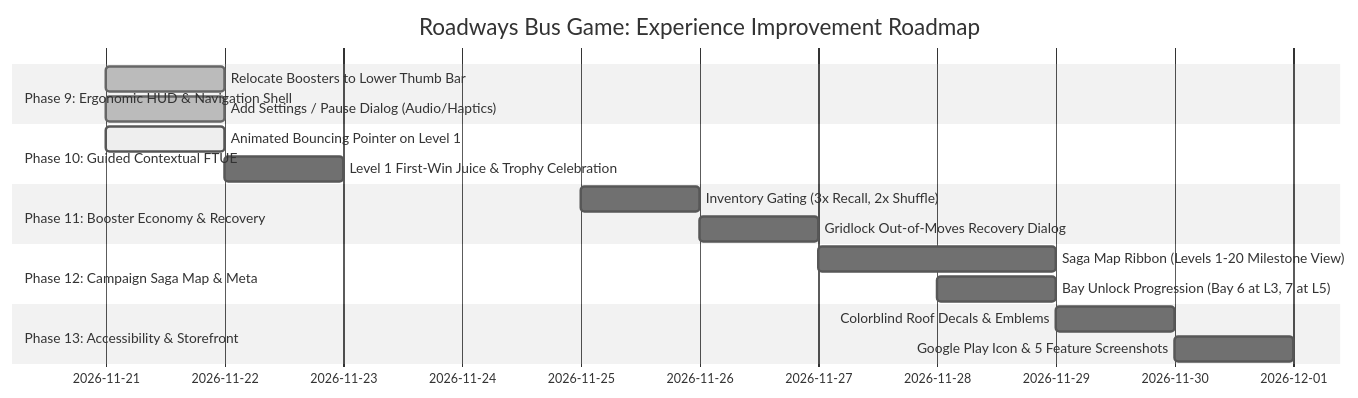
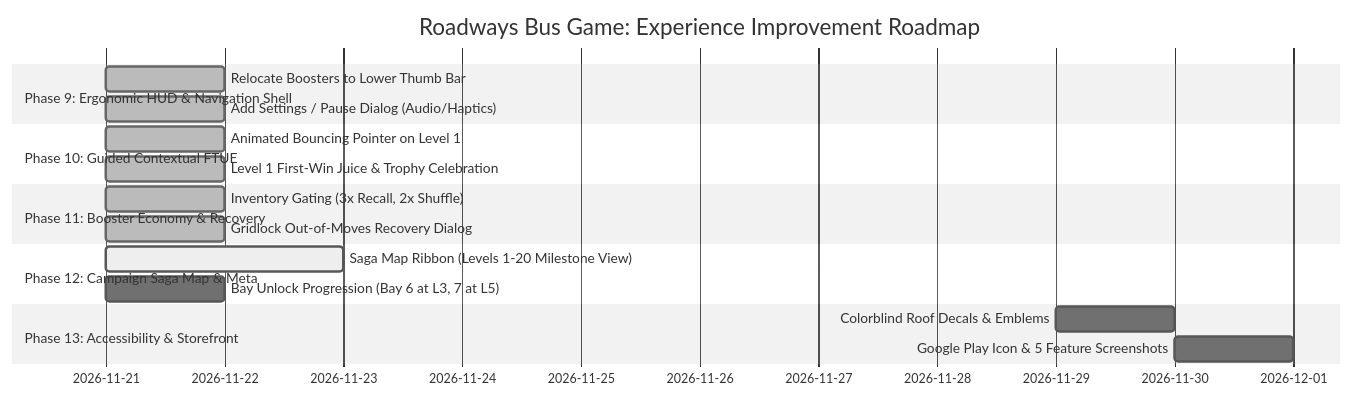
Before and after one commit to mohansharma916/Roadways-Bus-: the fifth of 5 diagrams in GAME_EXPERIENCE_AUDIT_AND_ROADMAP.md, drawn with Mermaid (neutral theme). The commit also changed 2 other files, not shown here.

Commit message:
feat(phase11): implement interactive gridlock recovery modal and emergency rescue economy

````diff
--- a/GAME_EXPERIENCE_AUDIT_AND_ROADMAP.md
+++ b/GAME_EXPERIENCE_AUDIT_AND_ROADMAP.md
@@ -305,20 +305,20 @@
 ```mermaid
 gantt
     title Roadways Bus Game: Experience Improvement Roadmap
     dateFormat  YYYY-MM-DD
     section Phase 9: Ergonomic HUD & Navigation Shell
     Relocate Boosters to Lower Thumb Bar      :done,    des1, 2026-11-21, 1d
     Add Settings / Pause Dialog (Audio/Haptics):done,    des2, 2026-11-21, 1d
     section Phase 10: Guided Contextual FTUE
-    Animated Bouncing Pointer on Level 1       :active,  des3, 2026-11-21, 1d
-    Level 1 First-Win Juice & Trophy Celebration:        des4, 2026-11-22, 1d
+    Animated Bouncing Pointer on Level 1       :done,    des3, 2026-11-21, 1d
+    Level 1 First-Win Juice & Trophy Celebration:done,   des4, 2026-11-21, 1d
     section Phase 11: Booster Economy & Recovery
-    Inventory Gating (3x Recall, 2x Shuffle)   :         des5, 2026-11-25, 1d
-    Gridlock Out-of-Moves Recovery Dialog      :         des6, 2026-11-26, 1d
+    Inventory Gating (3x Recall, 2x Shuffle)   :done,    des5, 2026-11-21, 1d
+    Gridlock Out-of-Moves Recovery Dialog      :done,    des6, 2026-11-21, 1d
     section Phase 12: Campaign Saga Map & Meta
-    Saga Map Ribbon (Levels 1-20 Milestone View):        des7, 2026-11-27, 2d
-    Bay Unlock Progression (Bay 6 at L3, 7 at L5):      des8, 2026-11-28, 1d
+    Saga Map Ribbon (Levels 1-20 Milestone View):active,  des7, 2026-11-21, 2d
+    Bay Unlock Progression (Bay 6 at L3, 7 at L5):      des8, 2026-11-21, 1d
     section Phase 13: Accessibility & Storefront
     Colorblind Roof Decals & Emblems           :         des9, 2026-11-29, 1d
     Google Play Icon & 5 Feature Screenshots   :         des10, 2026-11-30, 1d
 ```
````
